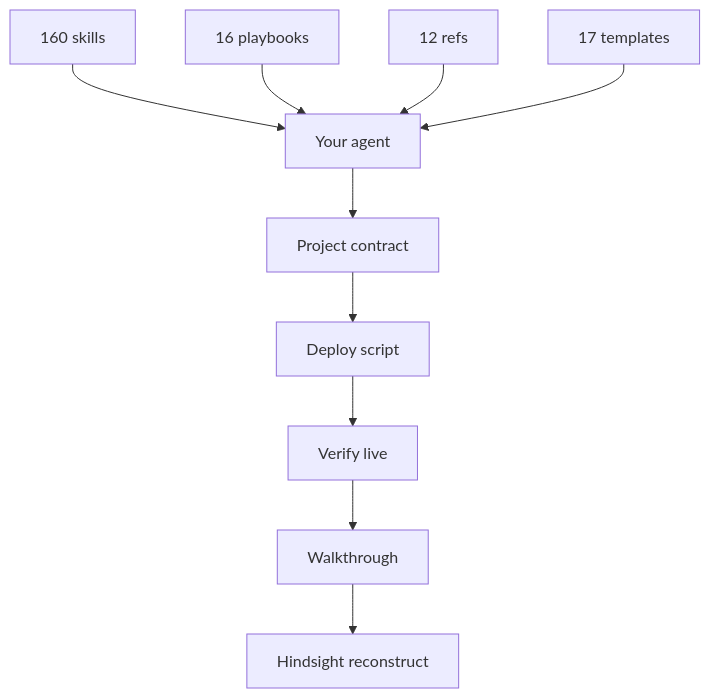
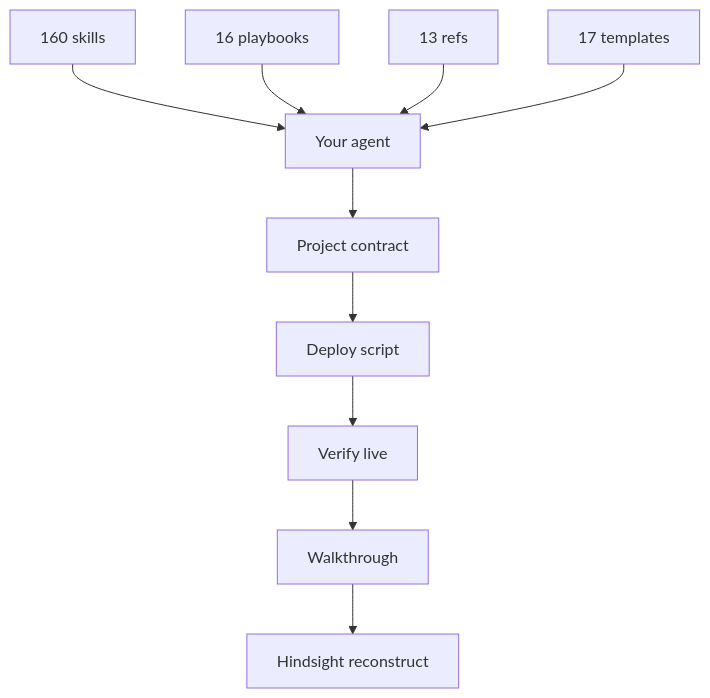
One commit to Nonarkara/dr-non-vibecoding-skills changed the third of 3 diagrams in README.md. Above: the diagram before and after it, drawn with Mermaid. The commit also changed other lines of this file and 168 other files, not shown here.

````diff
--- a/README.md
+++ b/README.md
@@ -441,12 +441,12 @@
 ```mermaid
 flowchart TB
   S["160 skills"] --> A["Your agent"]
   P["16 playbooks"] --> A
-  R["12 refs"] --> A
+  R["13 refs"] --> A
   T["17 templates"] --> A
   A --> W["Project contract"]
   W --> D["Deploy script"]
   D --> V["Verify live"]
   V --> H["Walkthrough"]
   H --> L["Hindsight reconstruct"]
 ```
````
